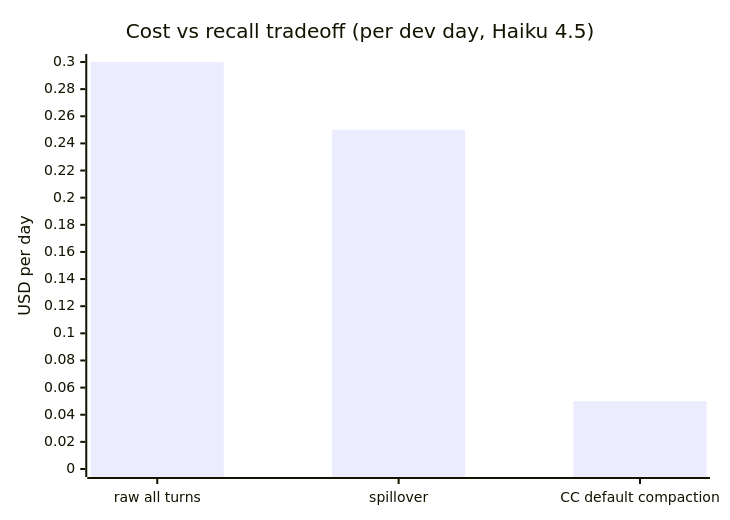
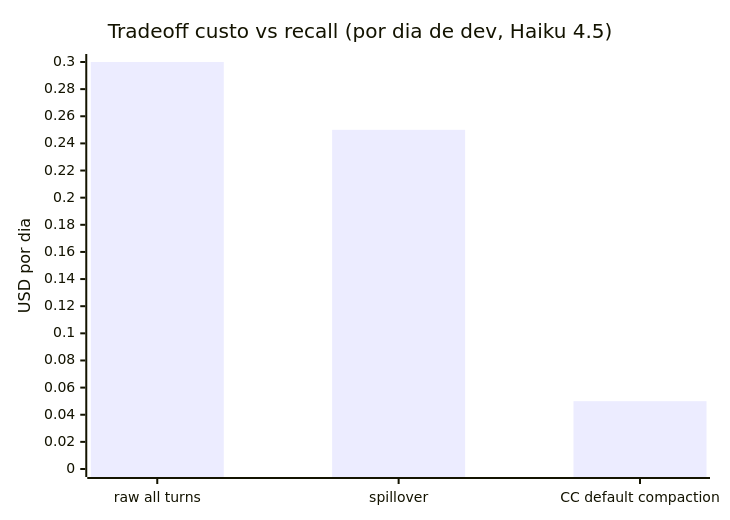
Before and after one commit to Luizhcrs/spillover: the second of 2 diagrams in docs/architecture/12-token-economics.md, drawn with Mermaid. The commit also changed other lines of this file and 12 other files, not shown here.

Commit message:
docs(architecture): traduzir 13 docs pra PT-BR

````diff
--- a/docs/architecture/12-token-economics.md
+++ b/docs/architecture/12-token-economics.md
@@ -82,7 +82,7 @@
 ```mermaid
 xychart-beta
-    title "Cost vs recall tradeoff (per dev day, Haiku 4.5)"
+    title "Tradeoff custo vs recall (por dia de dev, Haiku 4.5)"
     x-axis ["raw all turns", "spillover", "CC default compaction"]
-    y-axis "USD per day" 0 --> 0.30
+    y-axis "USD por dia" 0 --> 0.30
     bar [0.30, 0.25, 0.05]
 ```
````
